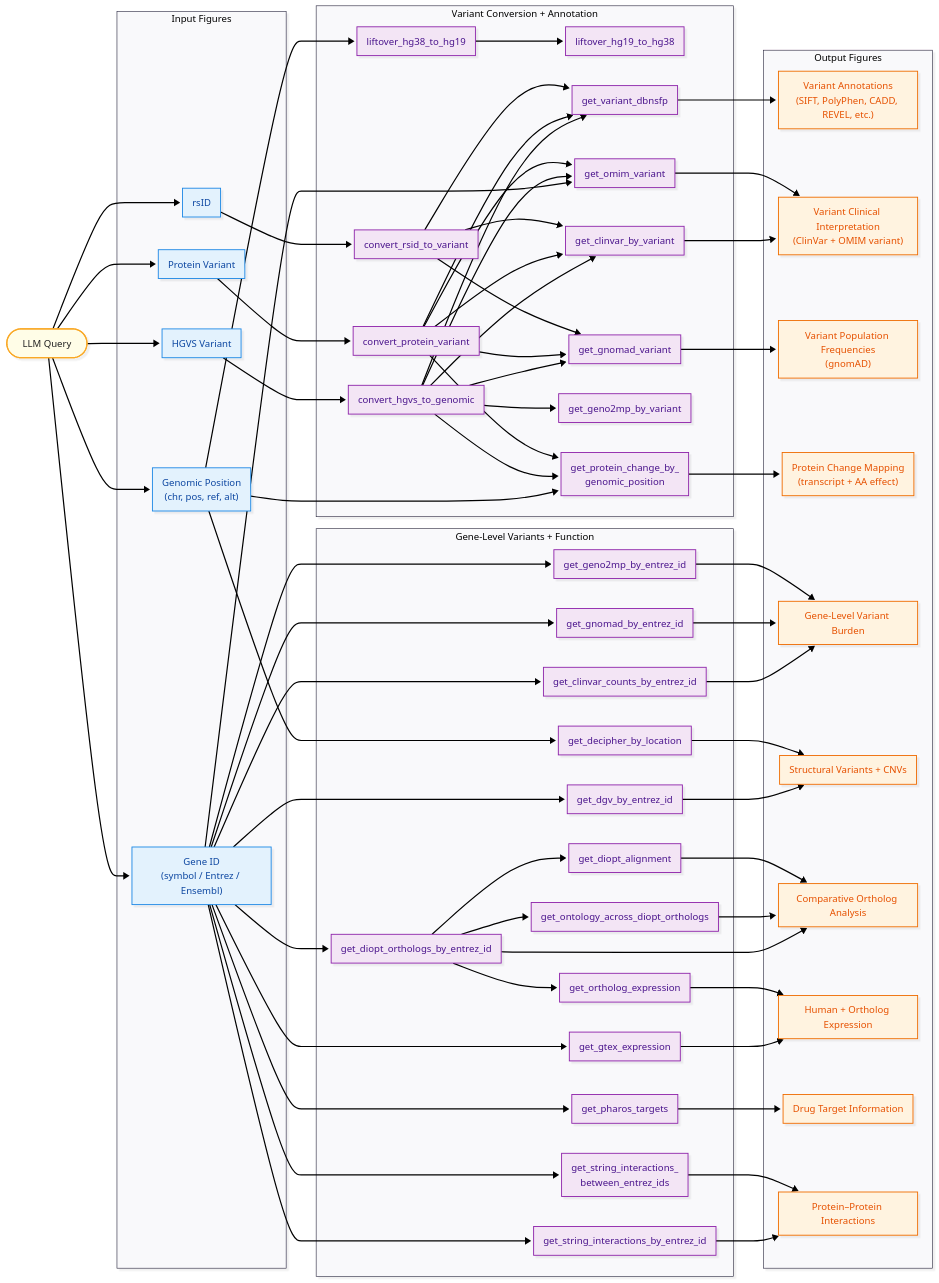
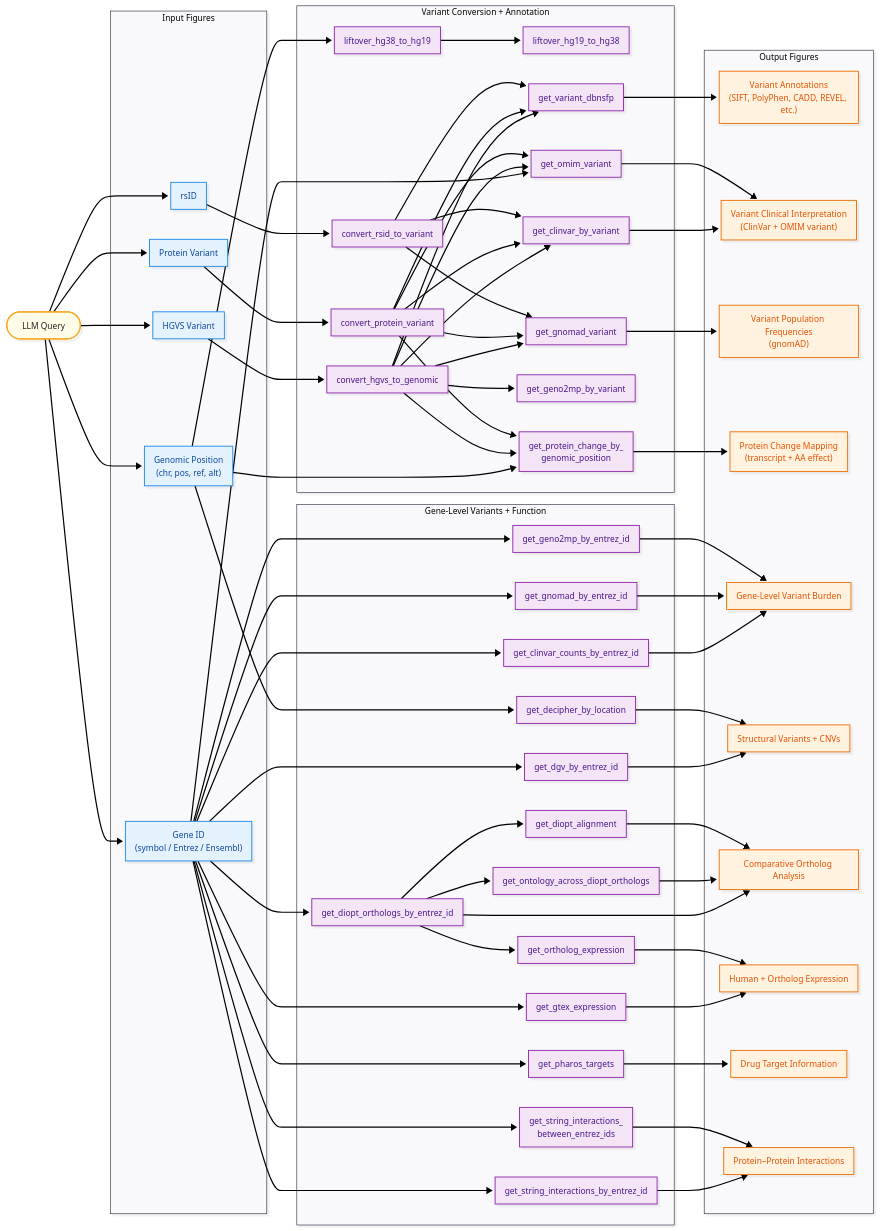
The second of 3 diagrams in docs/TOOL_RELATIONSHIPS_DETAILED.md (hyunhwan-bcm/MARRVEL_MCP), drawn with Mermaid before and after one commit. The commit also changed other lines of this file, not shown here.

```diff
--- a/docs/TOOL_RELATIONSHIPS_DETAILED.md
+++ b/docs/TOOL_RELATIONSHIPS_DETAILED.md
@@ -81,9 +78,6 @@
   layout: dagre
   theme: redux
   look: neo
-  themeVariables:
-    fontSize: 16px
-    fontFamily: Arial, Helvetica, sans-serif
 ---
 flowchart LR
     Q([LLM Query])
```
